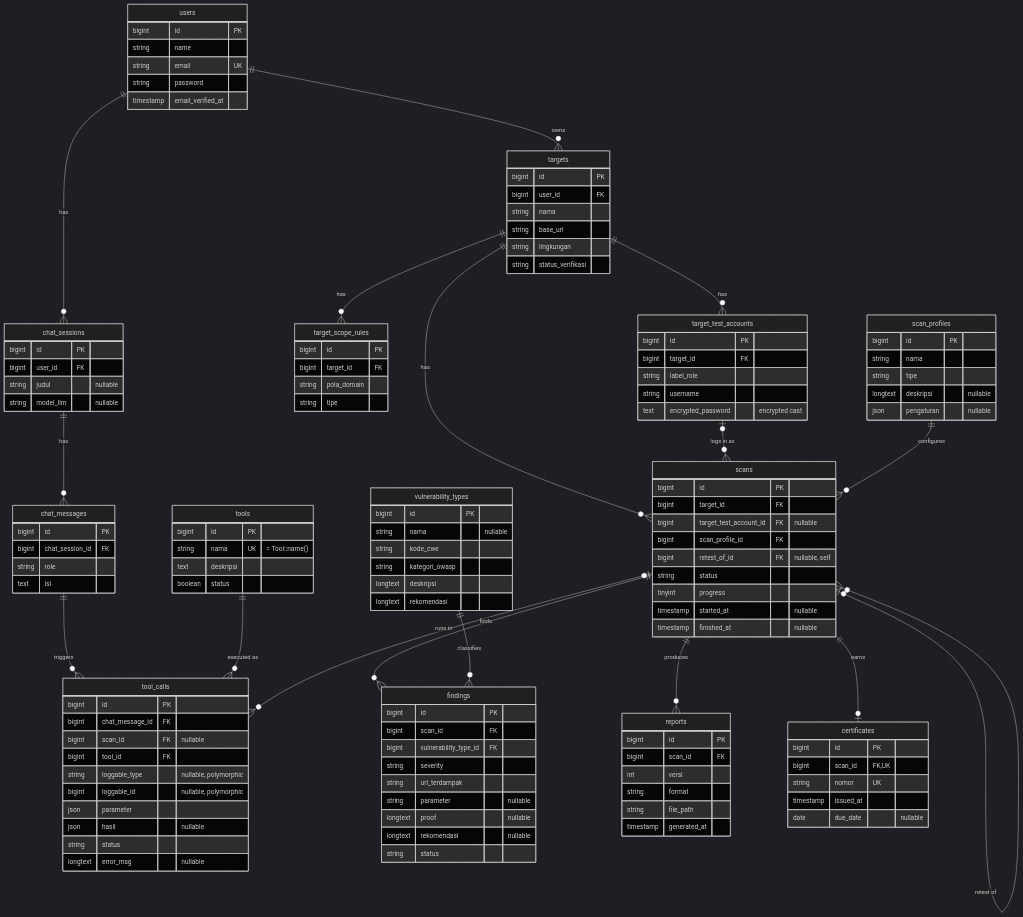
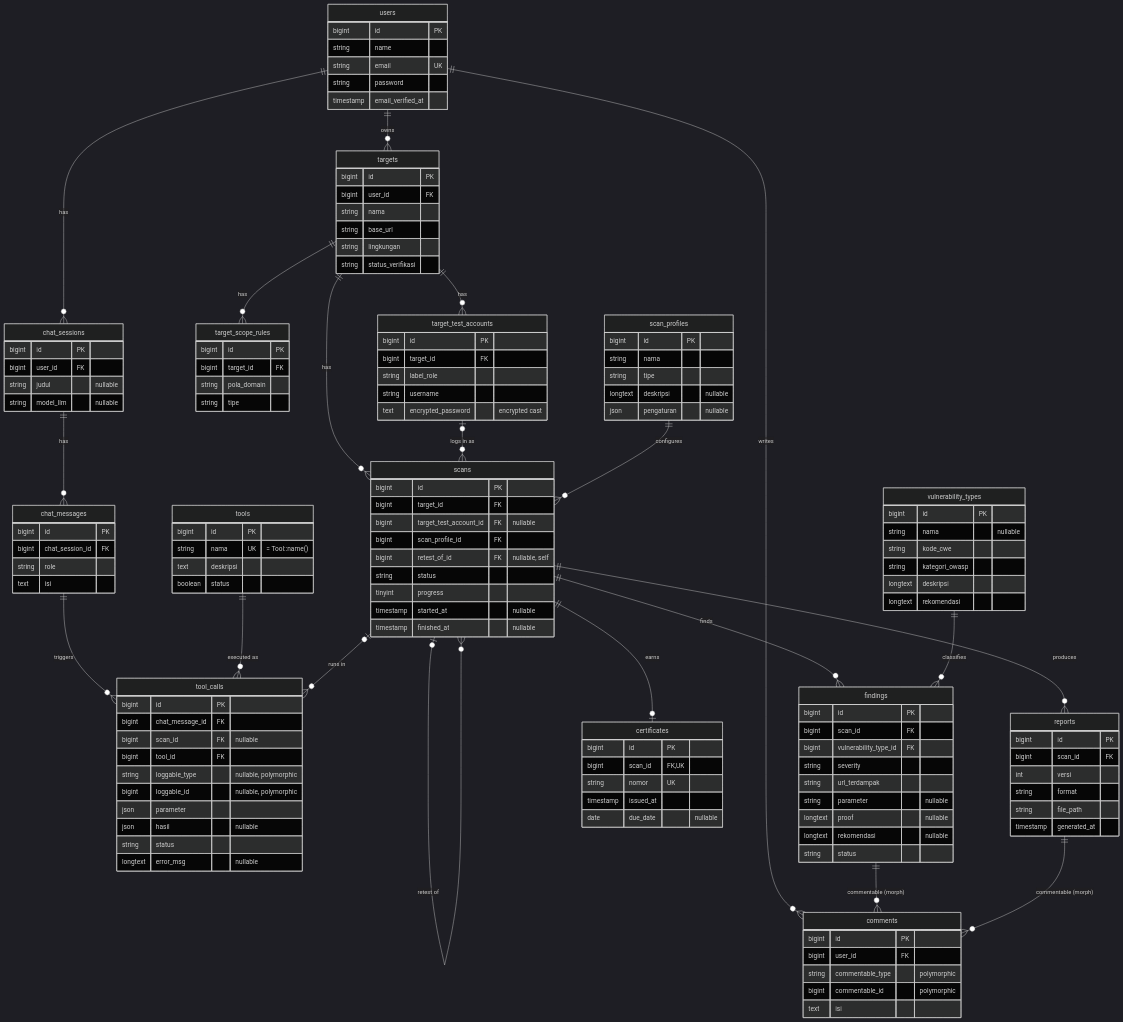
The diagram in README.md (Pardofel1s/pbkk-k4-agentic-ai), drawn with Mermaid (dark theme) before and after one commit. The commit also changed other lines of this file and 33 other files, not shown here.

```diff
--- a/README.md
+++ b/README.md
@@ -177,6 +177,9 @@
     vulnerability_types ||--o{ findings : classifies
     scans ||--o{ reports : produces
     scans ||--o| certificates : earns
+    users ||--o{ comments : writes
+    findings ||--o{ comments : "commentable (morph)"
+    reports ||--o{ comments : "commentable (morph)"
 
     users {
         bigint id PK
@@ -281,6 +284,13 @@
         string file_path
         timestamp generated_at
     }
+    comments {
+        bigint id PK
+        bigint user_id FK
+        string commentable_type "polymorphic"
+        bigint commentable_id "polymorphic"
+        text isi
+    }
     certificates {
         bigint id PK
         bigint scan_id FK, UK
```
